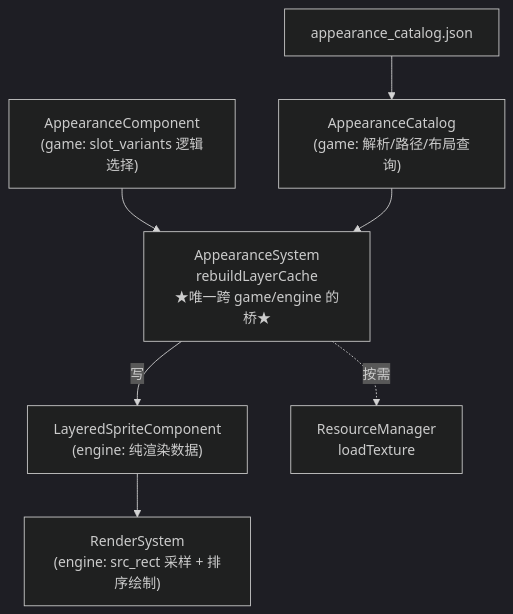
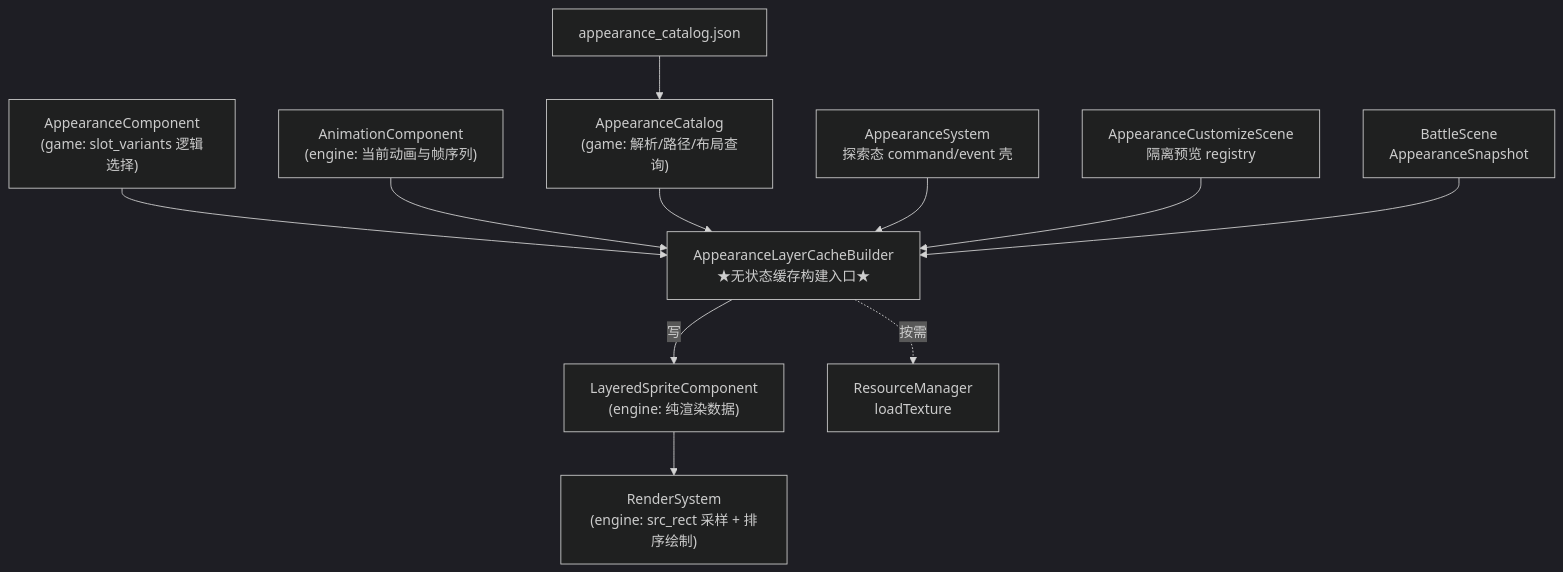
Before and after one commit to WispSnow/TinyFarmRPG: the first of 6 diagrams in lecture_plans/lectures/14-分层角色外观与头像.md, drawn with Mermaid (dark theme). The commit also changed other lines of this file and 17 other files, not shown here.

````diff
--- a/lecture_plans/lectures/14-分层角色外观与头像.md
+++ b/lecture_plans/lectures/14-分层角色外观与头像.md
@@ -57,9 +57,13 @@
 ```mermaid
 flowchart TD
     JSON["appearance_catalog.json"] --> CAT["AppearanceCatalog<br/>(game: 解析/路径/布局查询)"]
-    AC["AppearanceComponent<br/>(game: slot_variants 逻辑选择)"] --> AS
-    CAT --> AS["AppearanceSystem<br/>rebuildLayerCache<br/>★唯一跨 game/engine 的桥★"]
-    AS -->|"写"| LSC["LayeredSpriteComponent<br/>(engine: 纯渲染数据)"]
+    AC["AppearanceComponent<br/>(game: slot_variants 逻辑选择)"] --> BUILDER
+    ANIM["AnimationComponent<br/>(engine: 当前动画与帧序列)"] --> BUILDER
+    CAT --> BUILDER["AppearanceLayerCacheBuilder<br/>★无状态缓存构建入口★"]
+    AS["AppearanceSystem<br/>探索态 command/event 壳"] --> BUILDER
+    PREVIEW["AppearanceCustomizeScene<br/>隔离预览 registry"] --> BUILDER
+    BATTLE["BattleScene<br/>AppearanceSnapshot"] --> BUILDER
+    BUILDER -->|"写"| LSC["LayeredSpriteComponent<br/>(engine: 纯渲染数据)"]
     LSC --> RS["RenderSystem<br/>(engine: src_rect 采样 + 排序绘制)"]
-    AS -.->|"按需"| RM["ResourceManager<br/>loadTexture"]
+    BUILDER -.->|"按需"| RM["ResourceManager<br/>loadTexture"]
 ```
````
